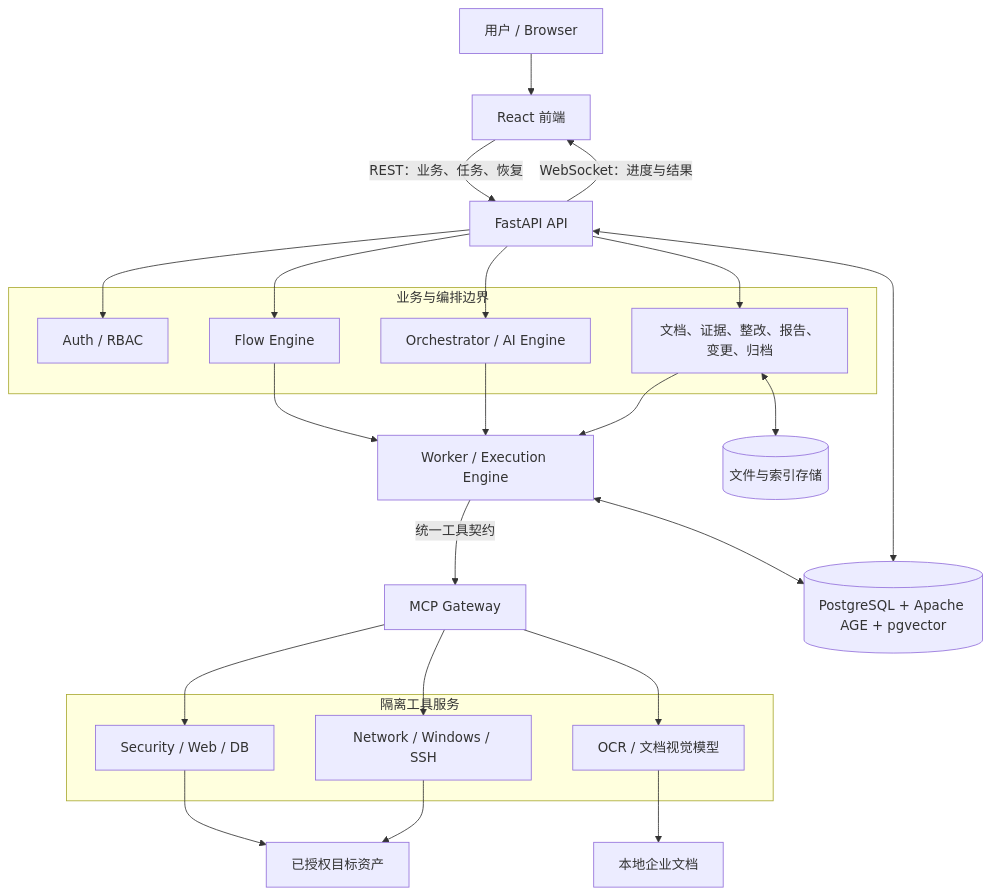
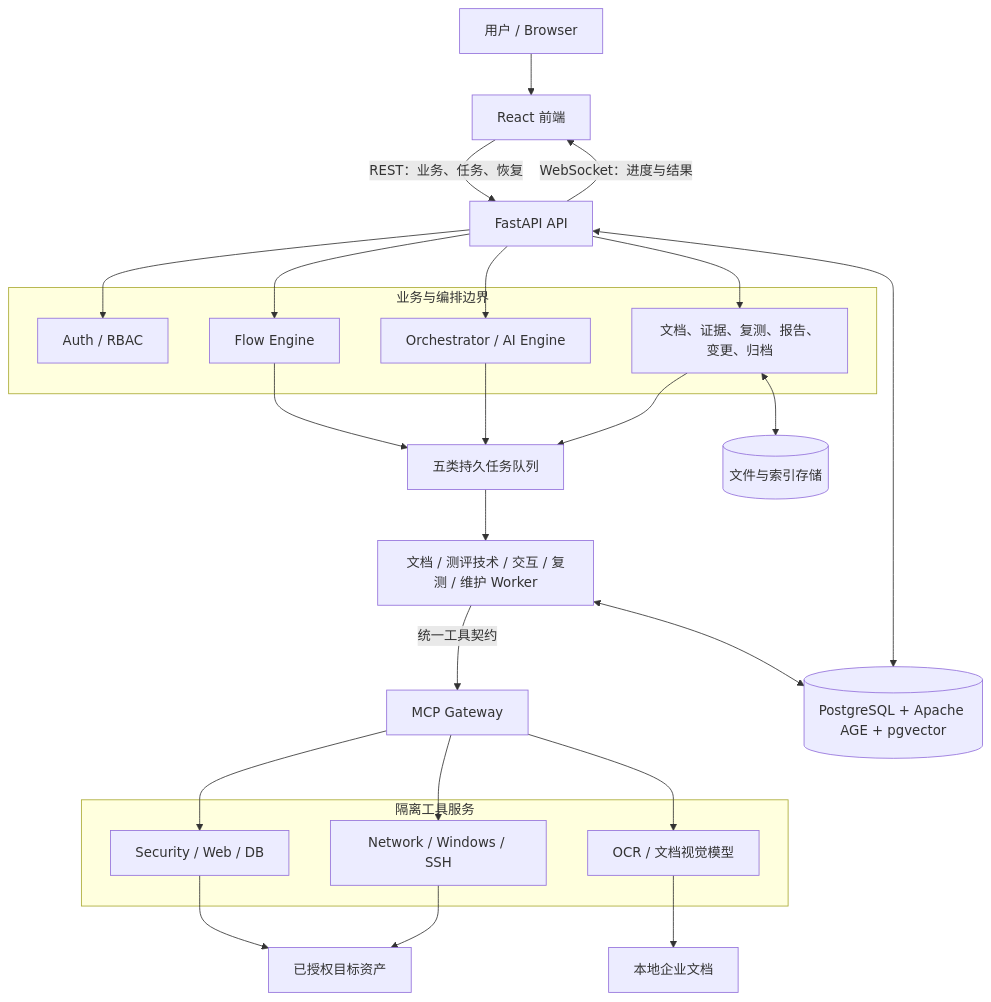
One commit to asxzsa558/CertiProof changed the first of 11 diagrams in .opencode/plans/ARCHITECTURE.md. Above: the diagram before and after it, drawn with Mermaid. The commit also changed other lines of this file and 120 other files, not shown here.

````diff
--- a/.opencode/plans/ARCHITECTURE.md
+++ b/.opencode/plans/ARCHITECTURE.md
@@ -87,38 +87,39 @@
 ```mermaid
 flowchart TB
   U["用户 / Browser"] --> FE["React 前端"]
   FE -->|"REST：业务、任务、恢复"| API["FastAPI API"]
   API -->|"WebSocket：进度与结果"| FE
 
   subgraph CORE["业务与编排边界"]
     AUTH["Auth / RBAC"]
     FLOW["Flow Engine"]
     ORCH["Orchestrator / AI Engine"]
-    DOMAIN["文档、证据、整改、报告、变更、归档"]
+    DOMAIN["文档、证据、复测、报告、变更、归档"]
   end
   API --> AUTH
   API --> FLOW
   API --> ORCH
   API --> DOMAIN
 
-  FLOW --> WORKER["Worker / Execution Engine"]
-  ORCH --> WORKER
-  DOMAIN --> WORKER
+  FLOW --> QUEUES["五类持久任务队列"]
+  ORCH --> QUEUES
+  DOMAIN --> QUEUES
+  QUEUES --> WORKER["文档 / 测评技术 / 交互 / 复测 / 维护 Worker"]
   WORKER -->|"统一工具契约"| GW["MCP Gateway"]
 
   subgraph TOOLS["隔离工具服务"]
     SEC["Security / Web / DB"]
     HOST["Network / Windows / SSH"]
     OCR["OCR / 文档视觉模型"]
   end
   GW --> SEC
   GW --> HOST
   GW --> OCR
   SEC --> TARGET["已授权目标资产"]
   HOST --> TARGET
   OCR --> DOCS["本地企业文档"]
 
   API <--> DB[("PostgreSQL + Apache AGE + pgvector")]
   WORKER <--> DB
   DOMAIN <--> FILES[("文件与索引存储")]
 ```
````
